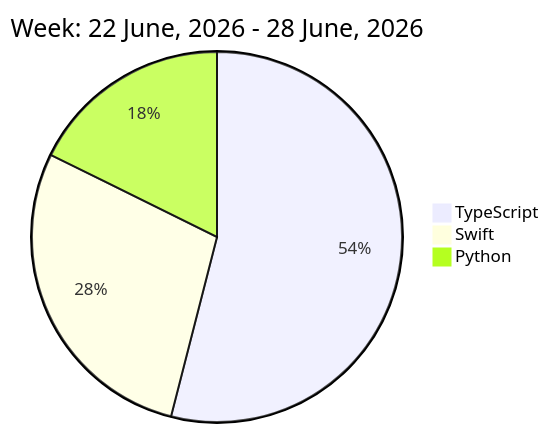
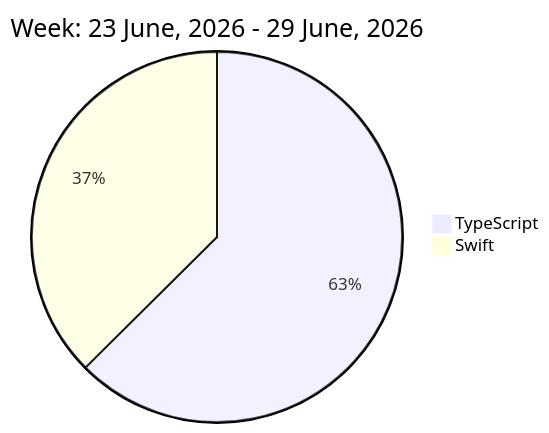
Before and after one commit to liubin95/liubin95: the diagram in README.md, drawn with Mermaid.

Commit message:
Updated the Graph with new Metrics

````diff
--- a/README.md
+++ b/README.md
@@ -32,7 +32,6 @@
 ```mermaid
  pie
-title Week: 22 June, 2026 - 28 June, 2026
- "TypeScript" : 9.67
+title Week: 23 June, 2026 - 29 June, 2026
+ "TypeScript" : 8.47
  "Swift" : 5.07
- "Python" : 3.17
 ```
````
